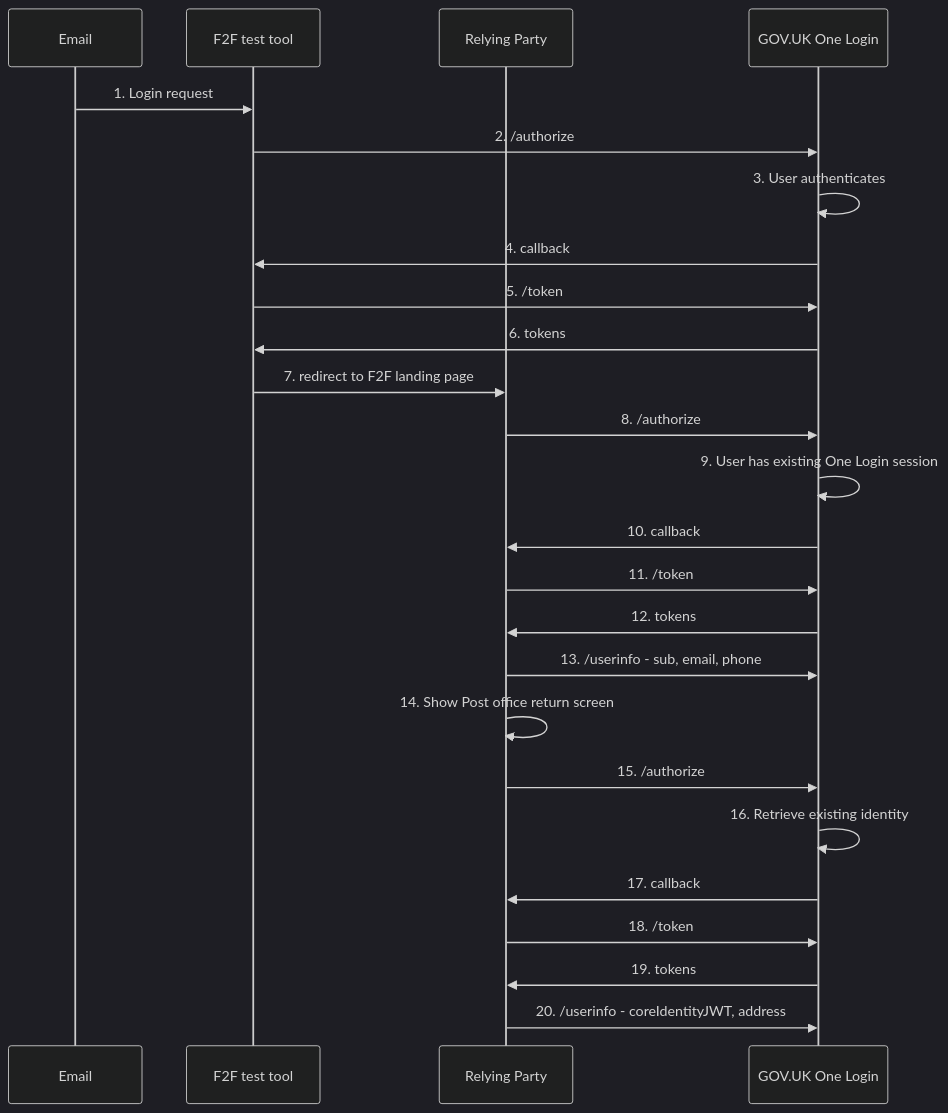
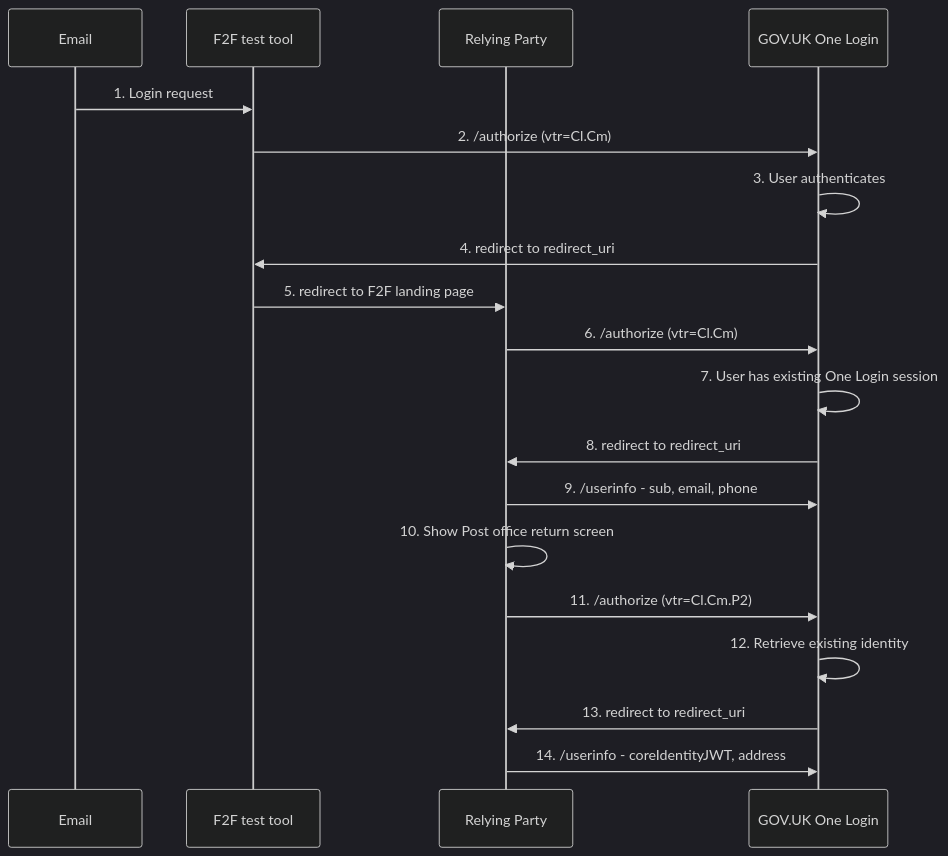
One commit to govuk-one-login/onboarding-examples changed the second of 2 diagrams in tools/f2f-test/README.md. Above: the diagram before and after it, drawn with Mermaid (dark theme). The commit also changed other lines of this file, not shown here.

Commit message:
rework the sequence diagram

````diff
--- a/tools/f2f-test/README.md
+++ b/tools/f2f-test/README.md
@@ -61,29 +57,23 @@
 ```mermaid
 
 sequenceDiagram
     participant E as Email
     participant F as F2F test tool    
     participant R as Relying Party
     participant O as GOV.UK One Login
     E->>F: 1. Login request
-    F->>O: 2. /authorize
+    F->>O: 2. /authorize (vtr=Cl.Cm)
     O->>O: 3. User authenticates
-    O->>F: 4. callback
-    F->>O: 5. /token
-    O->>F: 6. tokens
-    F->>R: 7. redirect to F2F landing page
-    R->>O: 8. /authorize
-    O->>O: 9. User has existing One Login session
-    O->>R: 10. callback
-    R->>O: 11. /token
-    O->>R: 12. tokens
-    R->>O: 13. /userinfo - sub, email, phone
-    R->>R: 14. Show Post office return screen
-    R->>O: 15. /authorize
-    O->>O: 16. Retrieve existing identity
-    O->>R: 17. callback
-    R->>O: 18. /token
-    O->>R: 19. tokens
-    R->>O: 20. /userinfo - coreIdentityJWT, address
+    O->>F: 4. redirect to redirect_uri
+    F->>R: 5. redirect to F2F landing page
+    R->>O: 6. /authorize  (vtr=Cl.Cm)
+    O->>O: 7. User has existing One Login session
+    O->>R: 8. redirect to redirect_uri
+    R->>O: 9. /userinfo - sub, email, phone
+    R->>R: 10. Show Post office return screen
+    R->>O: 11. /authorize  (vtr=Cl.Cm.P2)
+    O->>O: 12. Retrieve existing identity
+    O->>R: 13. redirect to redirect_uri
+    R->>O: 14. /userinfo - coreIdentityJWT, address
 
 ```
````
